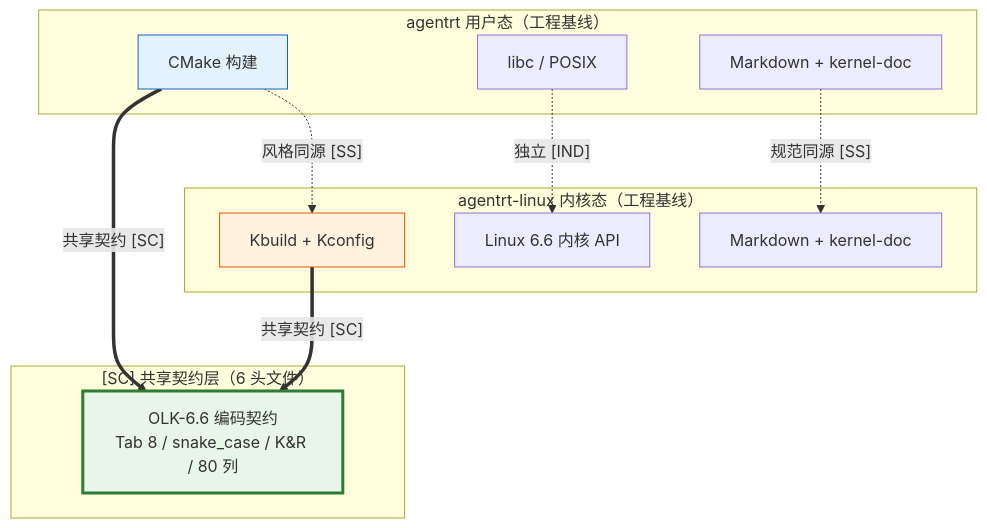
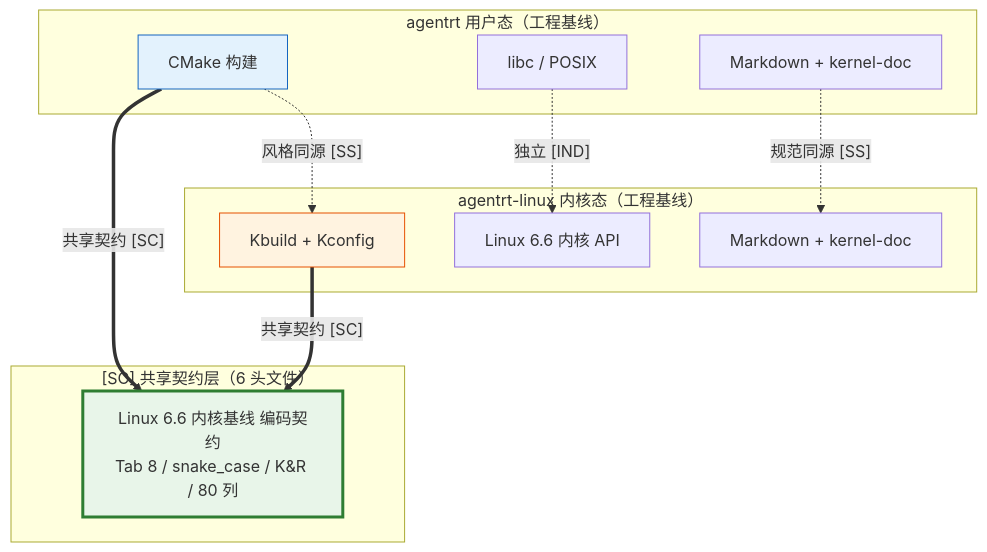
Before and after one commit to SpharxTeam/Docs: the diagram in AirymaxOS/10-architecture/04-engineering-baseline.md, drawn with Mermaid. The commit also changed other lines of this file and 151 other files, not shown here.

````diff
--- a/AirymaxOS/10-architecture/04-engineering-baseline.md
+++ b/AirymaxOS/10-architecture/04-engineering-baseline.md
@@ -608,29 +608,29 @@
 ```mermaid
 graph TB
     subgraph "agentrt 用户态（工程基线）"
         RT_CMAKE[CMake 构建]
         RT_LIBC[libc / POSIX]
         RT_DOC[Markdown + kernel-doc]
     end
 
     subgraph "agentrt-linux 内核态（工程基线）"
         OS_KBUILD[Kbuild + Kconfig]
         OS_LINUX[Linux 6.6 内核 API]
         OS_DOC[Markdown + kernel-doc]
     end
 
     subgraph "[SC] 共享契约层（6 头文件）"
-        SC[OLK-6.6 编码契约<br/>Tab 8 / snake_case / K&R / 80 列]
+        SC[Linux 6.6 内核基线 编码契约<br/>Tab 8 / snake_case / K&R / 80 列]
     end
 
     RT_CMAKE -.->|"风格同源 [SS]"| OS_KBUILD
     RT_LIBC -.->|"独立 [IND]"| OS_LINUX
     RT_DOC -.->|"规范同源 [SS]"| OS_DOC
 
     RT_CMAKE ==>|"共享契约 [SC]"| SC
     OS_KBUILD ==>|"共享契约 [SC]"| SC
 
     style SC fill:#e8f5e9,stroke:#2e7d32,stroke-width:3px
     style RT_CMAKE fill:#e3f2fd,stroke:#1565c0
     style OS_KBUILD fill:#fff3e0,stroke:#e65100
 ```
````
